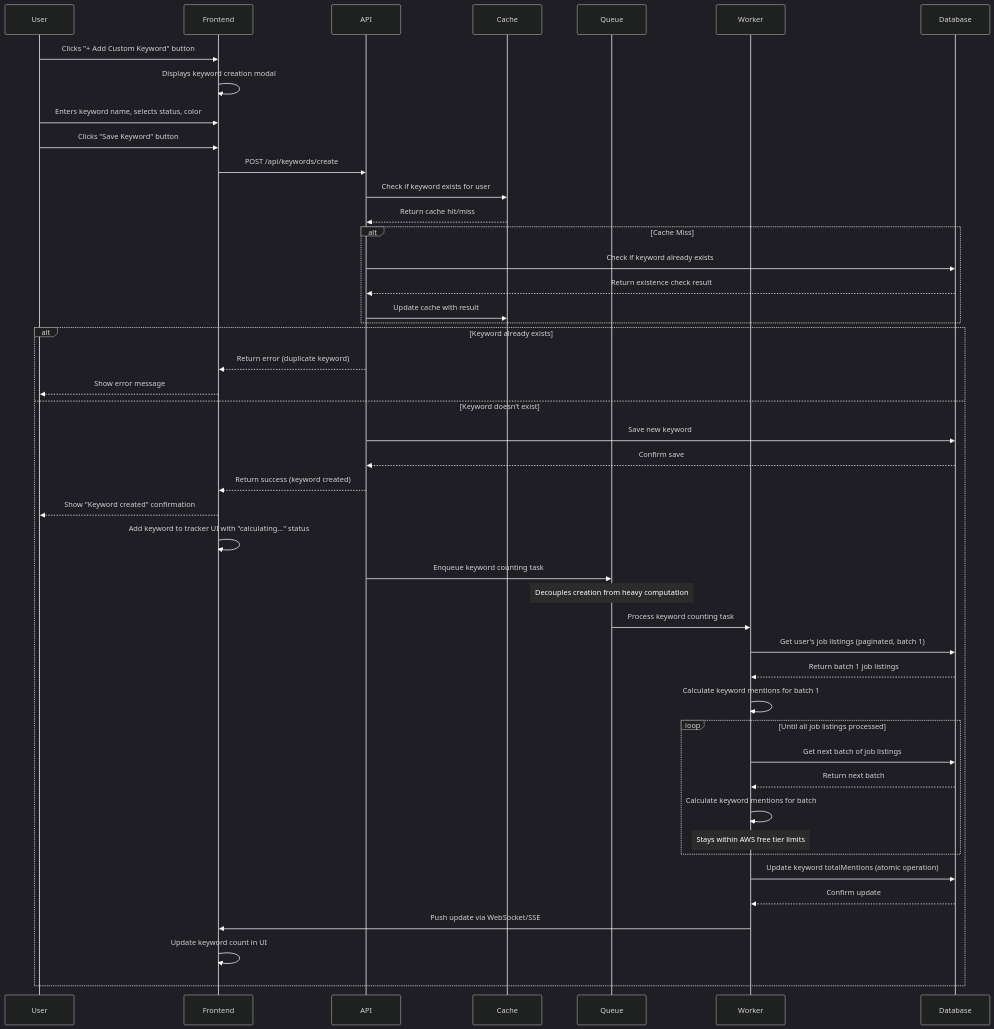
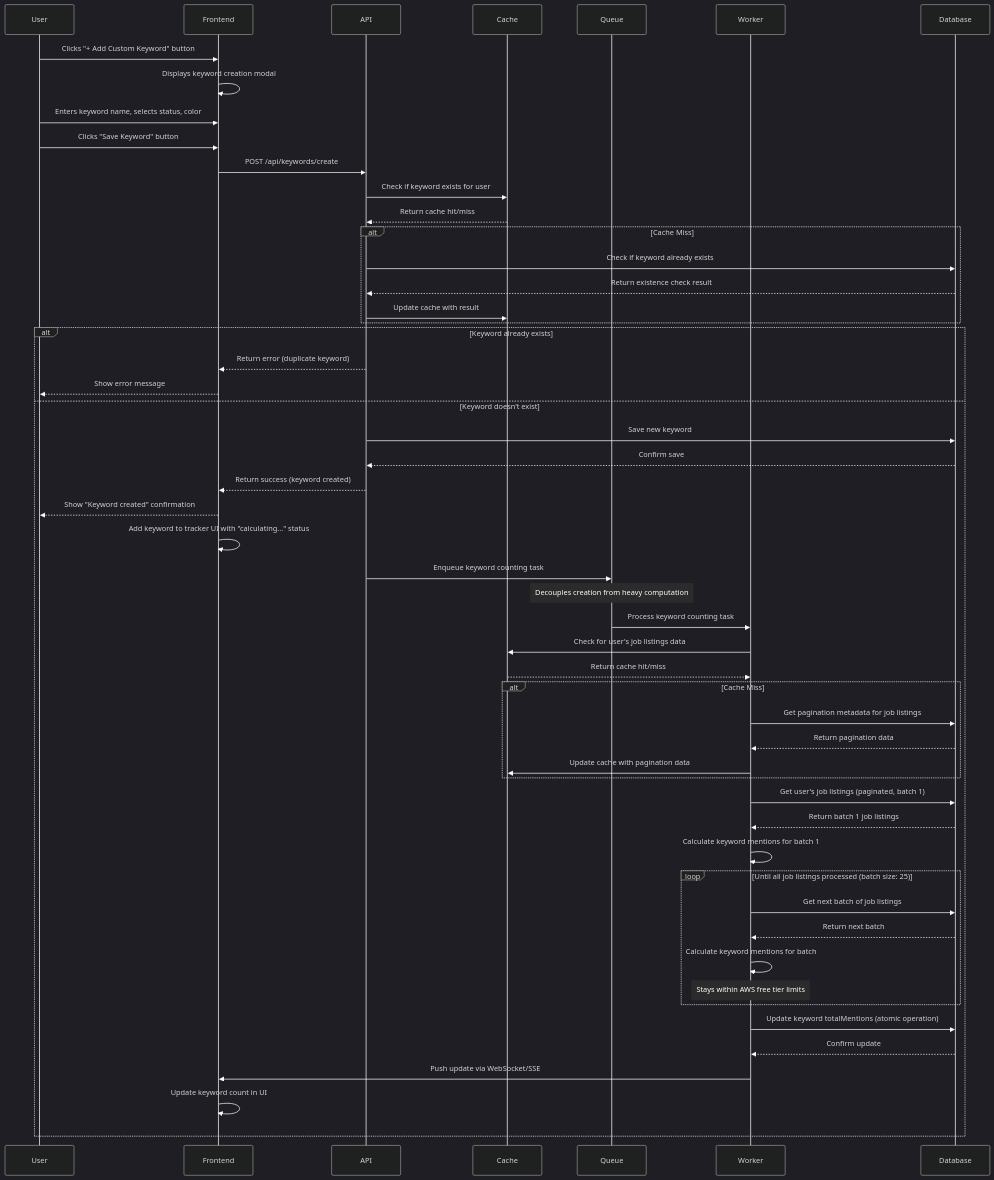
The second of 2 diagrams in docs/docs/diagrams/network_calls/create_keyword.md (lmcrean/tributary), drawn with Mermaid before and after one commit.

Commit message:
Update Create Keyword diagram: Add caching and pagination workflow for job listings processing

````diff
--- a/docs/docs/diagrams/network_calls/create_keyword.md
+++ b/docs/docs/diagrams/network_calls/create_keyword.md
@@ -38,59 +38,68 @@
 ```mermaid
 %%{init: {'theme': 'dark', 'themeVariables': { 'primaryTextColor': '#ffffff', 'primaryColor': '#ffffff', 'noteBkgColor': '#2b2b2b', 'noteTextColor': '#ffffff', 'activationBorderColor': '#ffffff', 'signalColor': '#ffffff' }}}%%
 sequenceDiagram
     participant User
     participant Frontend
     participant API
     participant Cache
     participant Queue
     participant Worker
     participant Database
 
     User->>Frontend: Clicks "+ Add Custom Keyword" button
     Frontend->>Frontend: Displays keyword creation modal
     User->>Frontend: Enters keyword name, selects status, color
     User->>Frontend: Clicks "Save Keyword" button
     Frontend->>API: POST /api/keywords/create
     
     API->>Cache: Check if keyword exists for user
     Cache-->>API: Return cache hit/miss
     
     alt Cache Miss
         API->>Database: Check if keyword already exists
         Database-->>API: Return existence check result
         API->>Cache: Update cache with result
     end
     
     alt Keyword already exists
         API-->>Frontend: Return error (duplicate keyword)
         Frontend-->>User: Show error message
     else Keyword doesn't exist
         API->>Database: Save new keyword
         Database-->>API: Confirm save
         API-->>Frontend: Return success (keyword created)
         Frontend-->>User: Show "Keyword created" confirmation
         Frontend->>Frontend: Add keyword to tracker UI with "calculating..." status
         
         API->>Queue: Enqueue keyword counting task
         Note over Queue: Decouples creation from heavy computation
         
         Queue->>Worker: Process keyword counting task
         
+        Worker->>Cache: Check for user's job listings data
+        Cache-->>Worker: Return cache hit/miss
+        
+        alt Cache Miss
+            Worker->>Database: Get pagination metadata for job listings
+            Database-->>Worker: Return pagination data
+            Worker->>Cache: Update cache with pagination data
+        end
+        
         Worker->>Database: Get user's job listings (paginated, batch 1)
         Database-->>Worker: Return batch 1 job listings
         Worker->>Worker: Calculate keyword mentions for batch 1
         
-        loop Until all job listings processed
+        loop Until all job listings processed (batch size: 25)
             Worker->>Database: Get next batch of job listings
             Database-->>Worker: Return next batch
             Worker->>Worker: Calculate keyword mentions for batch
             Note over Worker: Stays within AWS free tier limits
         end
         
         Worker->>Database: Update keyword totalMentions (atomic operation)
         Database-->>Worker: Confirm update
         
         Worker->>Frontend: Push update via WebSocket/SSE
         Frontend->>Frontend: Update keyword count in UI
     end
 ```
````
